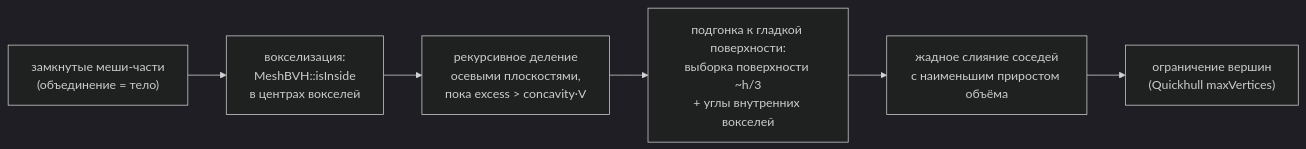
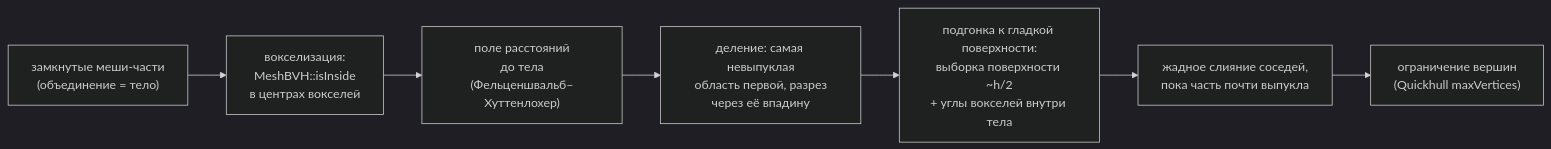
The second of 2 diagrams in docs/02-rigid-bodies.md (werasaimon/phys_realflow), drawn with Mermaid (dark theme) before and after one commit. The commit also changed other lines of this file and 12 other files, not shown here.

````diff
--- a/docs/02-rigid-bodies.md
+++ b/docs/02-rigid-bodies.md
@@ -906,8 +916,9 @@
 ```mermaid
 flowchart LR
     A["замкнутые меши-части<br/>(объединение = тело)"] --> B["вокселизация:<br/>MeshBVH::isInside<br/>в центрах вокселей"]
-    B --> C["рекурсивное деление<br/>осевыми плоскостями,<br/>пока excess > concavity·V"]
-    C --> D["подгонка к гладкой поверхности:<br/>выборка поверхности ~h/3<br/>+ углы внутренних вокселей"]
-    D --> E["жадное слияние соседей<br/>с наименьшим приростом объёма"]
+    B --> G["поле расстояний<br/>до тела<br/>(Фельценшвальб–Хуттенлохер)"]
+    G --> C["деление: самая невыпуклая<br/>область первой, разрез<br/>через её впадину"]
+    C --> D["подгонка к гладкой поверхности:<br/>выборка поверхности ~h/2<br/>+ углы вокселей внутри тела"]
+    D --> E["жадное слияние соседей,<br/>пока часть почти выпукла"]
     E --> F["ограничение вершин<br/>(Quickhull maxVertices)"]
 ```
````
